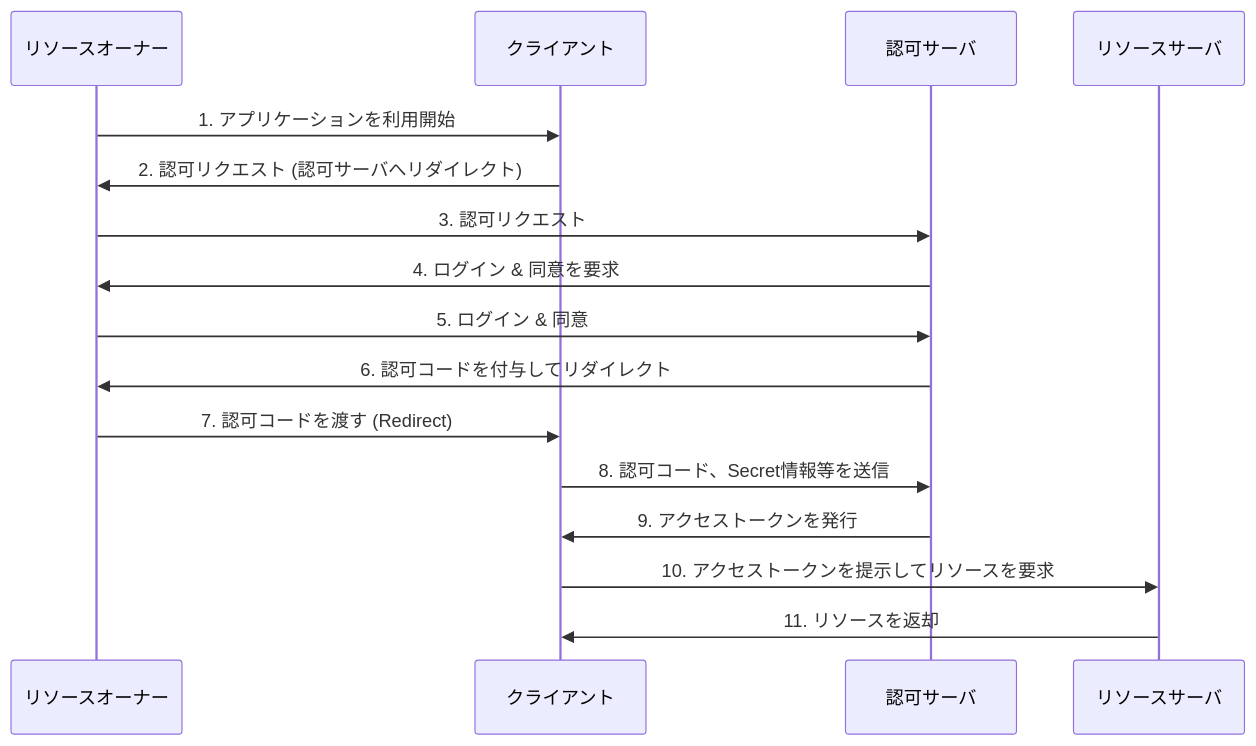
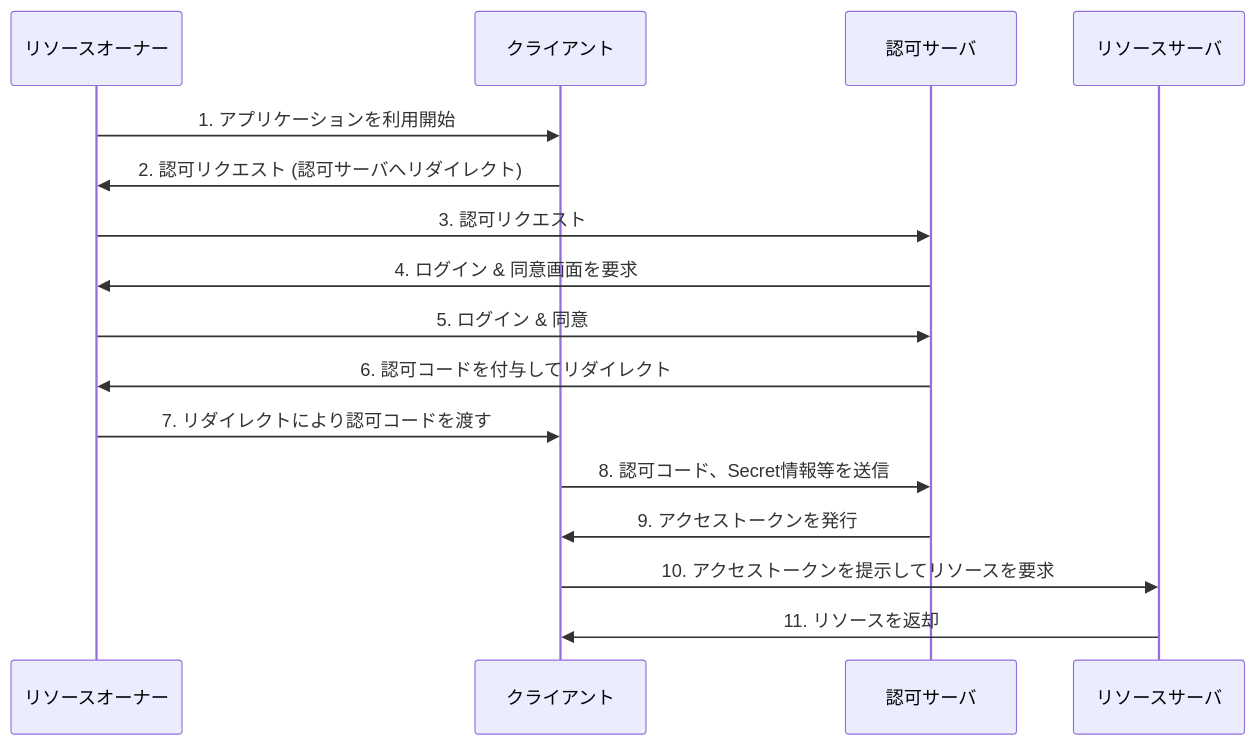
Before and after one commit to rikeda-cloud/po_study_group: the diagram in 2025-11-05-auth/oauth.md, drawn with Mermaid. The commit also changed other lines of this file and 1 other file, not shown here.

````diff
--- a/2025-11-05-auth/oauth.md
+++ b/2025-11-05-auth/oauth.md
@@ -59,21 +47,21 @@
 ```mermaid
 sequenceDiagram
     participant RO as リソースオーナー
     participant C as クライアント
     participant AS as 認可サーバ
     participant RS as リソースサーバ
 
     RO->>C: 1. アプリケーションを利用開始
     C->>RO: 2. 認可リクエスト (認可サーバへリダイレクト)
     RO->>AS: 3. 認可リクエスト
-    AS->>RO: 4. ログイン & 同意を要求
+    AS->>RO: 4. ログイン & 同意画面を要求
     RO->>AS: 5. ログイン & 同意
     AS->>RO: 6. 認可コードを付与してリダイレクト
-    RO->>C: 7. 認可コードを渡す (Redirect)
+    RO->>C: 7. リダイレクトにより認可コードを渡す
 
     C->>AS: 8. 認可コード、Secret情報等を送信
     AS->>C: 9. アクセストークンを発行
 
     C->>RS: 10. アクセストークンを提示してリソースを要求
     RS->>C: 11. リソースを返却
 ```
````
